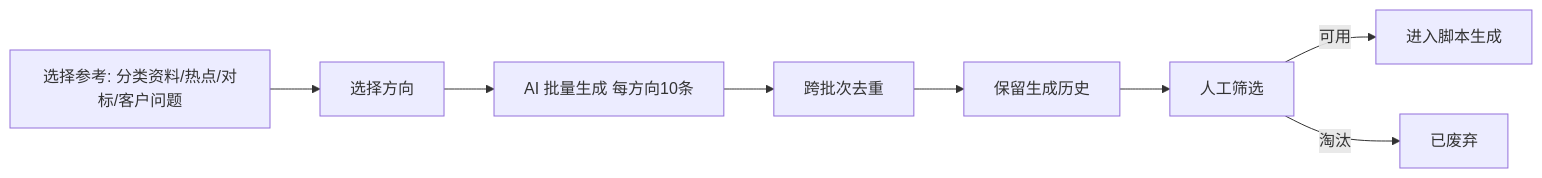
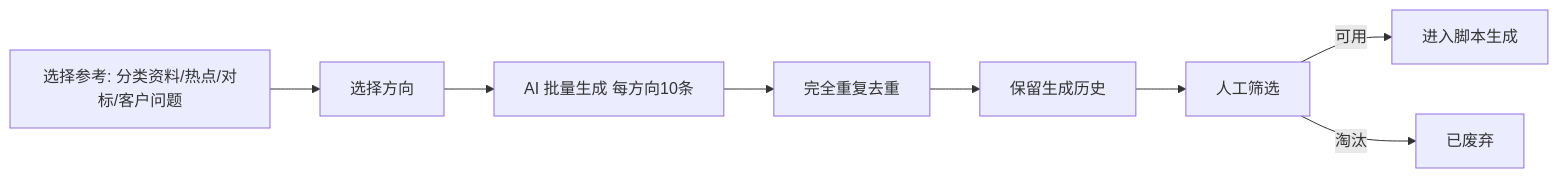
Before and after one commit to lophyJessica/forge-scrm: the first of 2 diagrams in prd-docs/modules/02-选题库PRD.md, drawn with Mermaid. The commit also changed other lines of this file and 17 other files, not shown here.

````diff
--- a/prd-docs/modules/02-选题库PRD.md
+++ b/prd-docs/modules/02-选题库PRD.md
@@ -27,10 +28,10 @@
 ```mermaid
 flowchart LR
     A[选择参考: 分类资料/热点/对标/客户问题] --> B[选择方向]
     B --> C[AI 批量生成 每方向10条]
-    C --> D[跨批次去重]
+    C --> D[完全重复去重]
     D --> E[保留生成历史]
     E --> F[人工筛选]
     F -->|可用| G[进入脚本生成]
     F -->|淘汰| H[已废弃]
 ```
````
